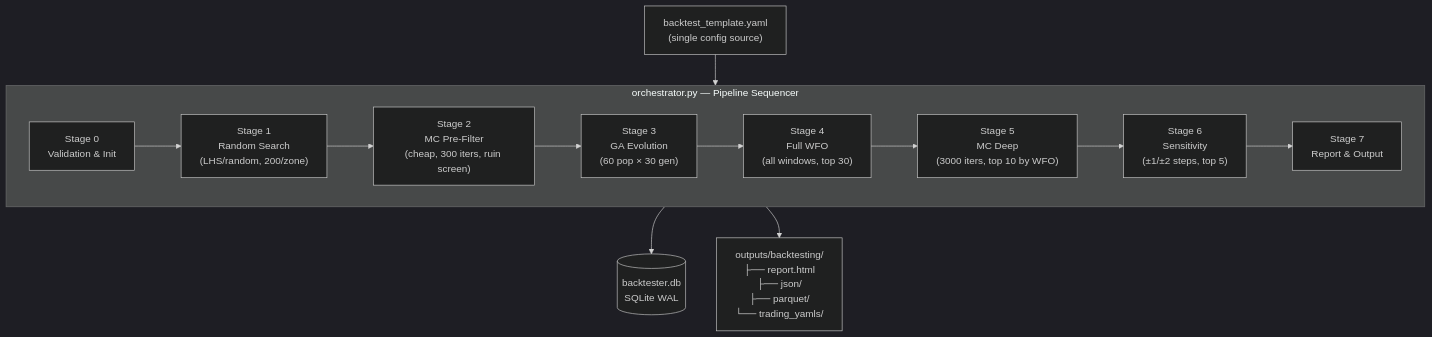
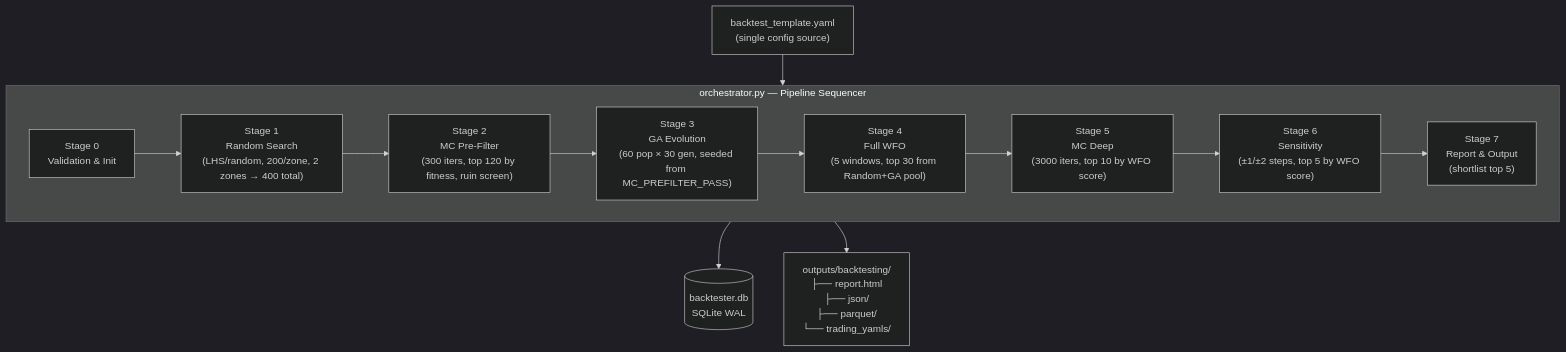
The first of 5 diagrams in docs/backtesting/architecture/ARCHITECTURE.md (RumcajsPL/Backtest_platform), drawn with Mermaid (dark theme) before and after one commit. The commit also changed other lines of this file and 11 other files, not shown here.

````diff
--- a/docs/backtesting/architecture/ARCHITECTURE.md
+++ b/docs/backtesting/architecture/ARCHITECTURE.md
@@ -86,21 +86,21 @@
 ```mermaid
 flowchart TD
     CFG["backtest_template.yaml\n(single config source)"]
 
     subgraph ORCH["orchestrator.py — Pipeline Sequencer"]
         S0["Stage 0\nValidation & Init"]
-        S1["Stage 1\nRandom Search\n(LHS/random, 200/zone)"]
-        S2["Stage 2\nMC Pre-Filter\n(cheap, 300 iters, ruin screen)"]
-        S3["Stage 3\nGA Evolution\n(60 pop × 30 gen)"]
-        S4["Stage 4\nFull WFO\n(all windows, top 30)"]
-        S5["Stage 5\nMC Deep\n(3000 iters, top 10 by WFO)"]
-        S6["Stage 6\nSensitivity\n(±1/±2 steps, top 5)"]
-        S7["Stage 7\nReport & Output"]
+        S1["Stage 1\nRandom Search\n(LHS/random, 200/zone, 2 zones → 400 total)"]
+        S2["Stage 2\nMC Pre-Filter\n(300 iters, top 120 by fitness, ruin screen)"]
+        S3["Stage 3\nGA Evolution\n(60 pop × 30 gen, seeded from MC_PREFILTER_PASS)"]
+        S4["Stage 4\nFull WFO\n(5 windows, top 30 from Random+GA pool)"]
+        S5["Stage 5\nMC Deep\n(3000 iters, top 10 by WFO score)"]
+        S6["Stage 6\nSensitivity\n(±1/±2 steps, top 5 by WFO score)"]
+        S7["Stage 7\nReport & Output\n(shortlist top 5)"]
 
         S0 --> S1 --> S2 --> S3 --> S4 --> S5 --> S6 --> S7
     end
 
     CFG --> ORCH
     ORCH --> DB[("backtester.db\nSQLite WAL")]
     ORCH --> OUT["outputs/backtesting/\n├── report.html\n├── json/\n├── parquet/\n└── trading_yamls/"]
 ```
````
